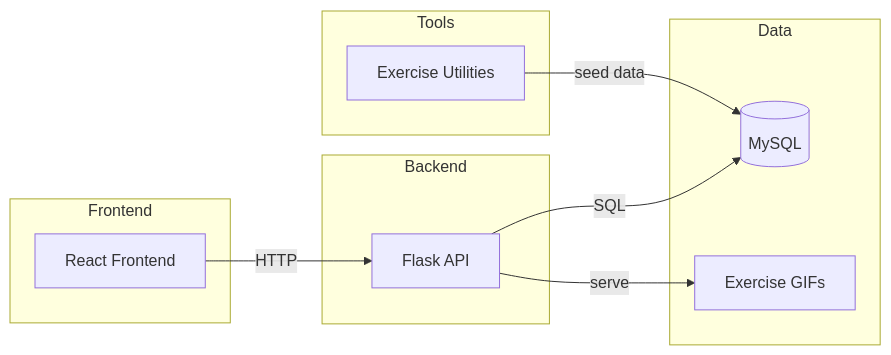
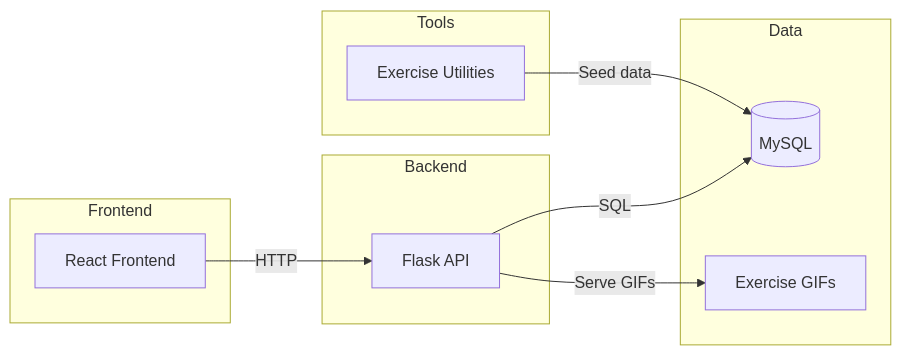
The diagram in README.md (Moresh-Mishra/Neo-Future), drawn with Mermaid before and after one commit. The commit also changed other lines of this file, not shown here.

````diff
--- a/README.md
+++ b/README.md
@@ -25,24 +42,24 @@
 ```mermaid
 flowchart LR
   A[React Frontend] -->|HTTP| B[Flask API]
   B -->|SQL| C[(MySQL)]
-  D[Exercise Utilities] -->|seed data| C
-  B -->|serve| E[Exercise GIFs]
+  D[Exercise Utilities] -->|Seed data| C
+  B -->|Serve GIFs| E[Exercise GIFs]
 
   subgraph Frontend
     A
   end
 
   subgraph Backend
     B
   end
 
   subgraph Data
     C
     E
   end
 
   subgraph Tools
     D
   end
 ```
````
